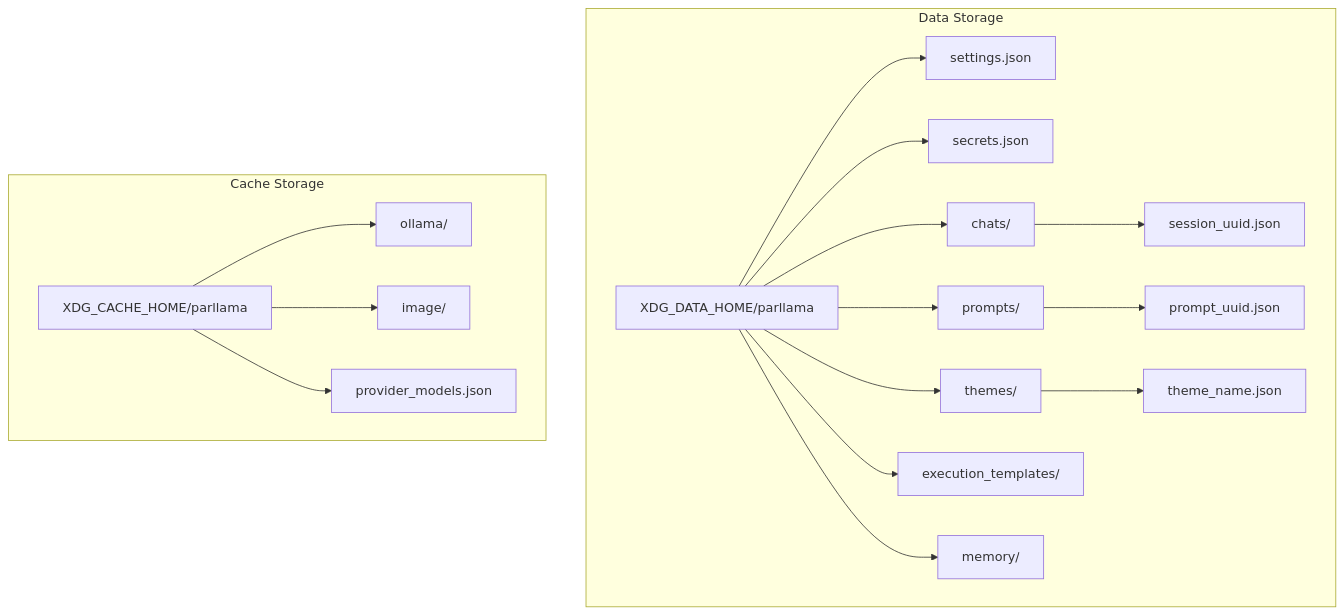
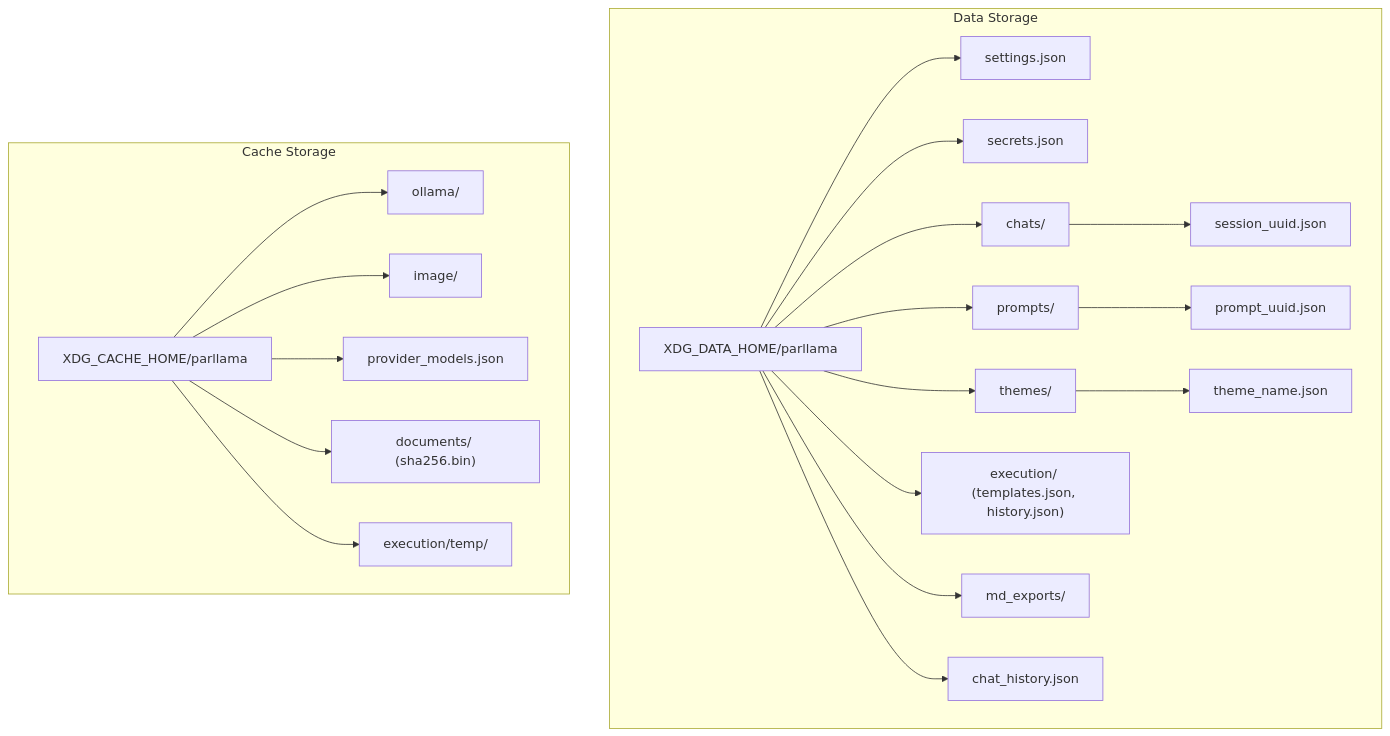
One commit to paulrobello/parllama changed the sixth of 15 diagrams in project_design.md. Above: the diagram before and after it, drawn with Mermaid. The commit also changed other lines of this file, not shown here.

First line of the commit message:
docs(design): refresh architecture doc for current settings, chat, and attachment code

````diff
--- a/project_design.md
+++ b/project_design.md
@@ -199,24 +218,27 @@
 ```mermaid
 graph TD
     subgraph "Data Storage"
         A[XDG_DATA_HOME/parllama]
         A --> B[settings.json]
         A --> C[secrets.json]
         A --> D[chats/]
         A --> E[prompts/]
         A --> F[themes/]
-        A --> G[execution_templates/]
-        A --> H[memory/]
+        A --> G["execution/ (templates.json, history.json)"]
+        A --> H[md_exports/]
+        A --> H2[chat_history.json]
 
         D --> I[session_uuid.json]
         E --> J[prompt_uuid.json]
         F --> K[theme_name.json]
     end
 
     subgraph "Cache Storage"
         L[XDG_CACHE_HOME/parllama]
         L --> M[ollama/]
         L --> N[image/]
         L --> O[provider_models.json]
+        L --> P["documents/ (sha256.bin)"]
+        L --> Q[execution/temp/]
     end
 ```
````
